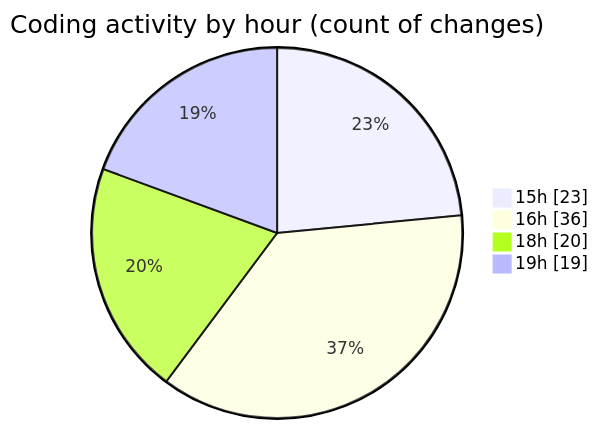
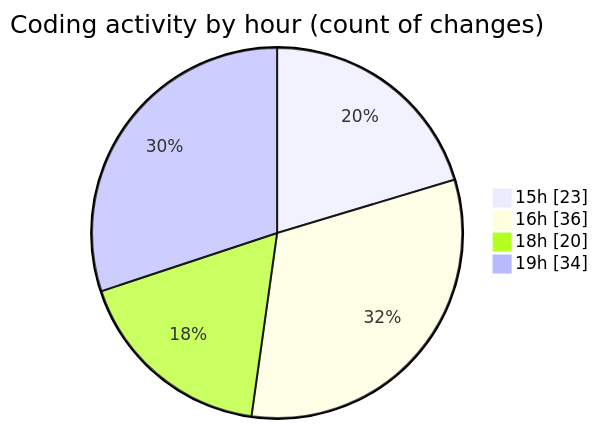
Before and after one commit to Netris89/code-tracking: the second of 2 diagrams in 2025-04-01/back-end/README.md, drawn with Mermaid. The commit also changed other lines of this file and 1 other file, not shown here.

````diff
--- a/2025-04-01/back-end/README.md
+++ b/2025-04-01/back-end/README.md
@@ -35,8 +37,8 @@
 ```mermaid
 pie showData
 title Coding activity by hour (count of changes)
 "15h" : 23
 "16h" : 36
 "18h" : 20
-"19h" : 19
+"19h" : 34
 ```
````
